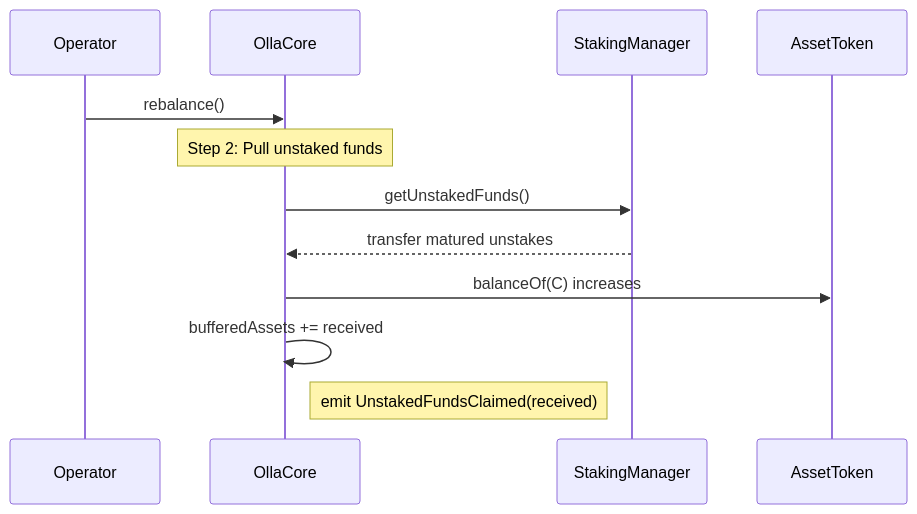
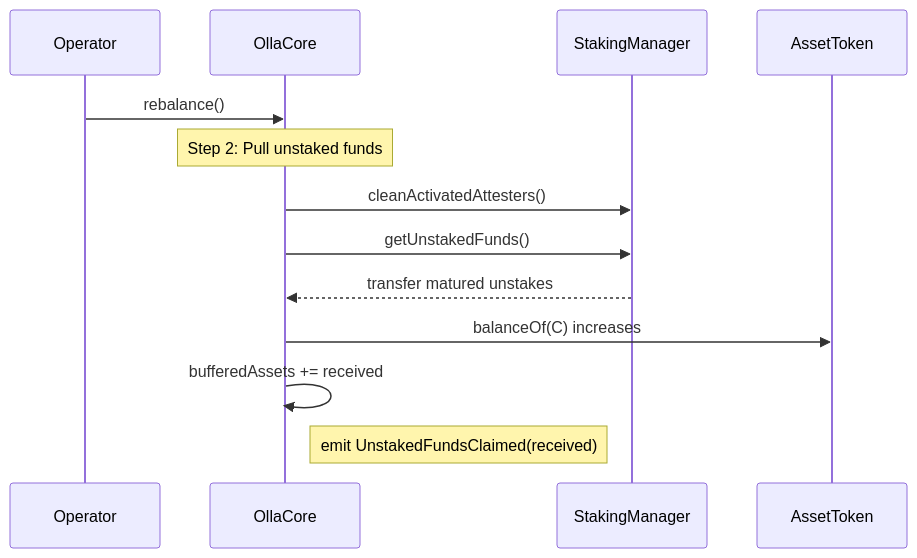
One commit to ollafinance/core changed the fifth of 10 diagrams in mermaid-diagrams.md. Above: the diagram before and after it, drawn with Mermaid. The commit also changed other lines of this file and 13 other files, not shown here.

````diff
--- a/mermaid-diagrams.md
+++ b/mermaid-diagrams.md
@@ -200,15 +200,16 @@
 ```mermaid
 sequenceDiagram
     participant OP as Operator
     participant C as OllaCore
     participant SM as StakingManager
     participant AZ as AssetToken
 
     OP->>C: rebalance()
     Note over C: Step 2: Pull unstaked funds
+    C->>SM: cleanActivatedAttesters()
     C->>SM: getUnstakedFunds()
     SM-->>C: transfer matured unstakes
     C->>AZ: balanceOf(C) increases
     C->>C: bufferedAssets += received
     Note right of C: emit UnstakedFundsClaimed(received)
 ```
````
